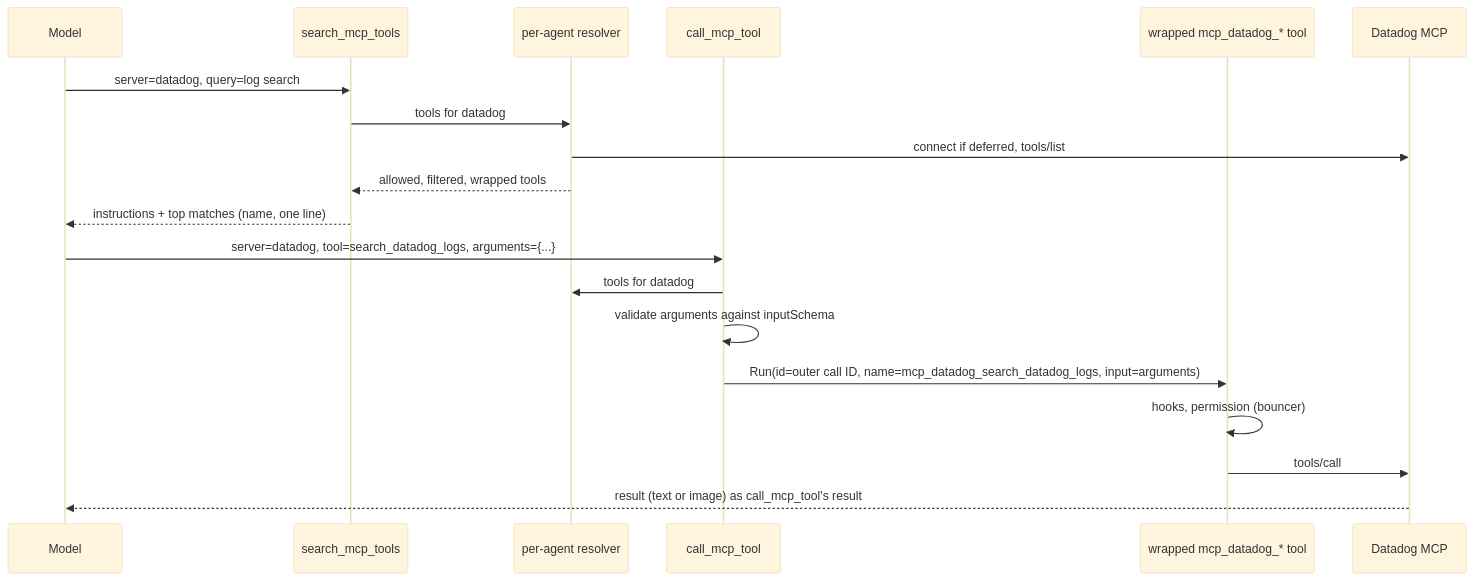
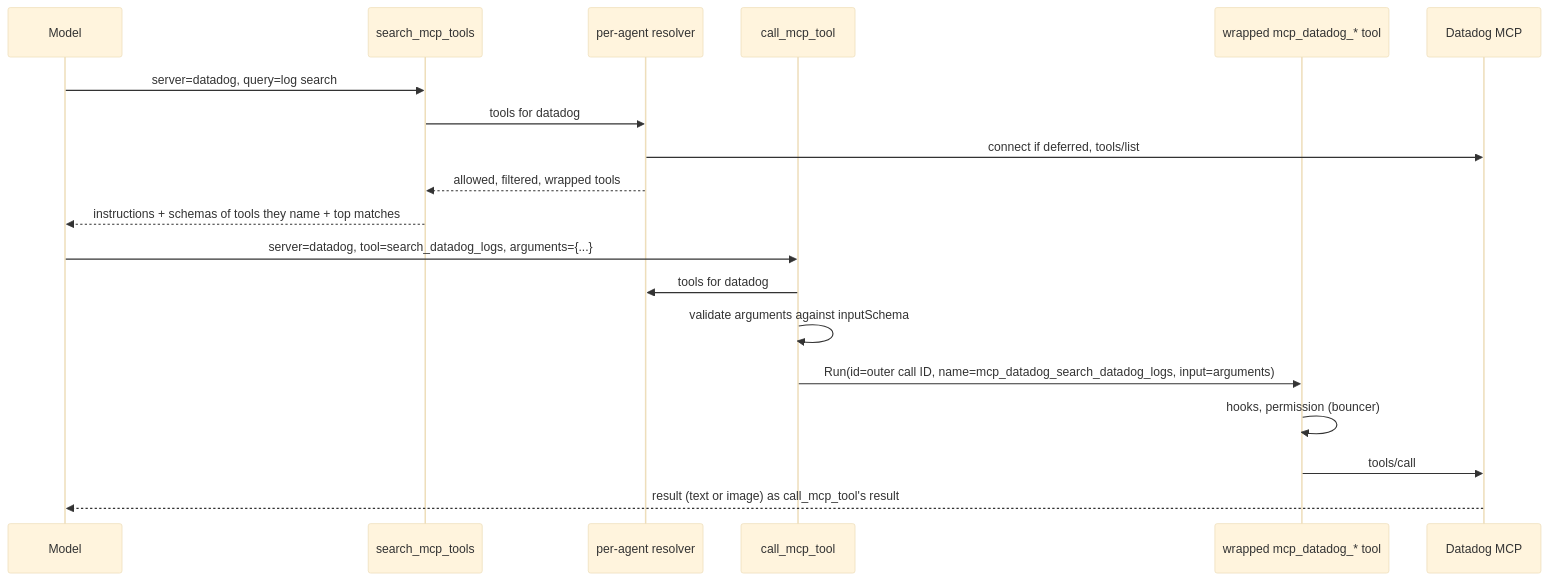
One commit to Broderick-Westrope/anvil changed the second of 2 diagrams in plans/design-2026-10-23-mcp-tool-catalogue.md. Above: the diagram before and after it, drawn with Mermaid (base theme). The commit also changed other lines of this file and 1 other file, not shown here.

Commit message:
docs: route MCP tools through the catalogue by default, per the cost spike

````diff
--- a/plans/design-2026-10-23-mcp-tool-catalogue.md
+++ b/plans/design-2026-10-23-mcp-tool-catalogue.md
@@ -51,21 +80,21 @@
 ```mermaid
 sequenceDiagram
     participant M as Model
     participant S as search_mcp_tools
     participant R as per-agent resolver
     participant C as call_mcp_tool
     participant T as wrapped mcp_datadog_* tool
     participant X as Datadog MCP
     M->>S: server=datadog, query=log search
     S->>R: tools for datadog
     R->>X: connect if deferred, tools/list
     R-->>S: allowed, filtered, wrapped tools
-    S-->>M: instructions + top matches (name, one line)
+    S-->>M: instructions + schemas of tools they name + top matches
     M->>C: server=datadog, tool=search_datadog_logs, arguments={...}
     C->>R: tools for datadog
     C->>C: validate arguments against inputSchema
     C->>T: Run(id=outer call ID, name=mcp_datadog_search_datadog_logs, input=arguments)
     T->>T: hooks, permission (bouncer)
     T->>X: tools/call
     X-->>M: result (text or image) as call_mcp_tool's result
 ```
````
